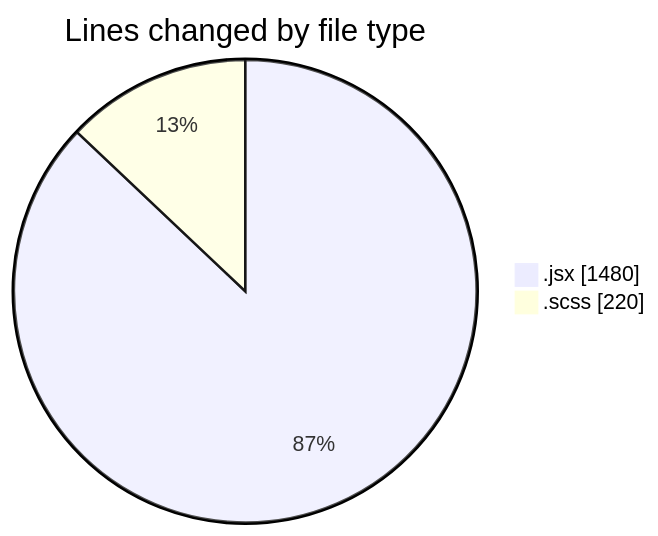
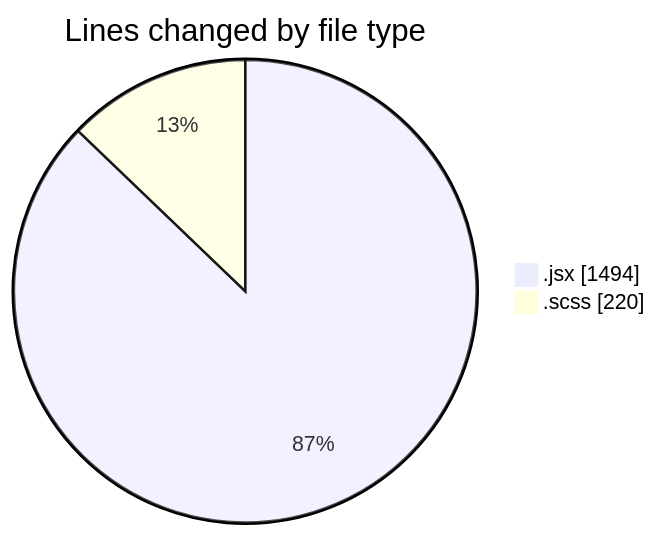
One commit to momahboobian/code-tracking changed the first of 2 diagrams in 2026-09-02/cda/README.md. Above: the diagram before and after it, drawn with Mermaid. The commit also changed other lines of this file and 1 other file, not shown here.

````diff
--- a/2026-09-02/cda/README.md
+++ b/2026-09-02/cda/README.md
@@ -26,6 +26,6 @@
 ```mermaid
 pie showData
 title Lines changed by file type
-".jsx" : 1480
+".jsx" : 1494
 ".scss" : 220
 ```
````
